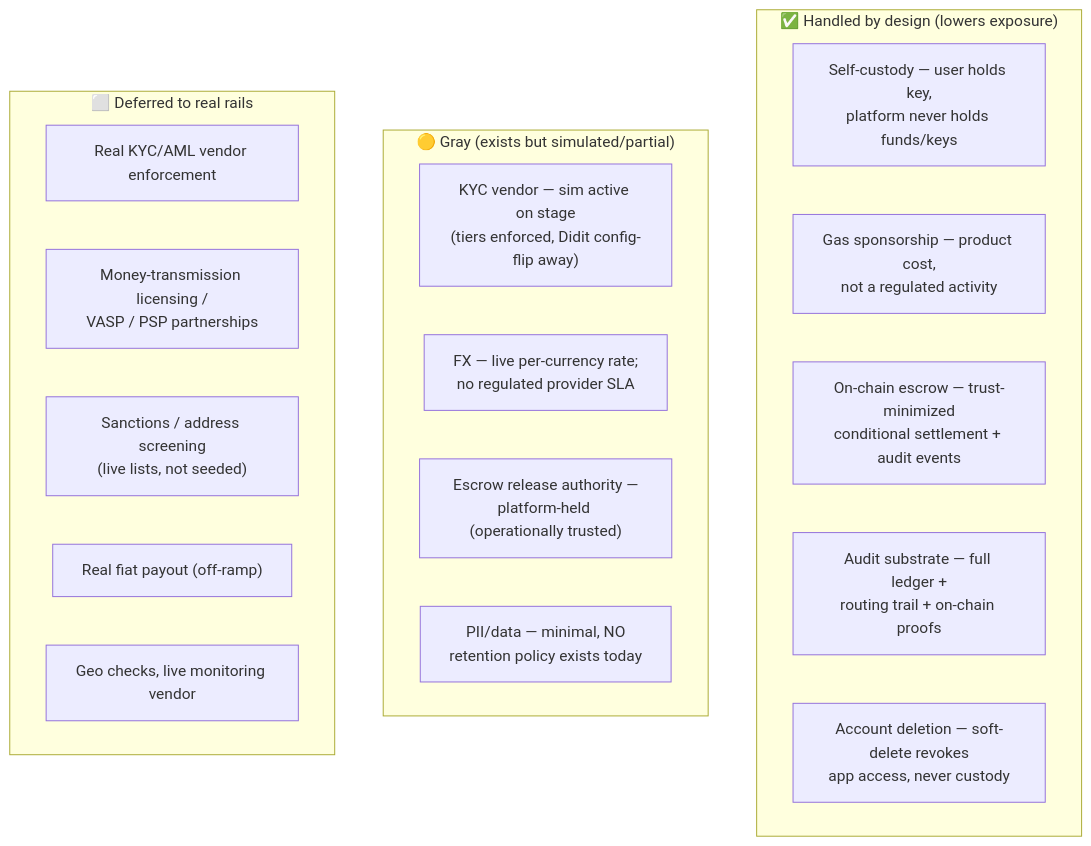
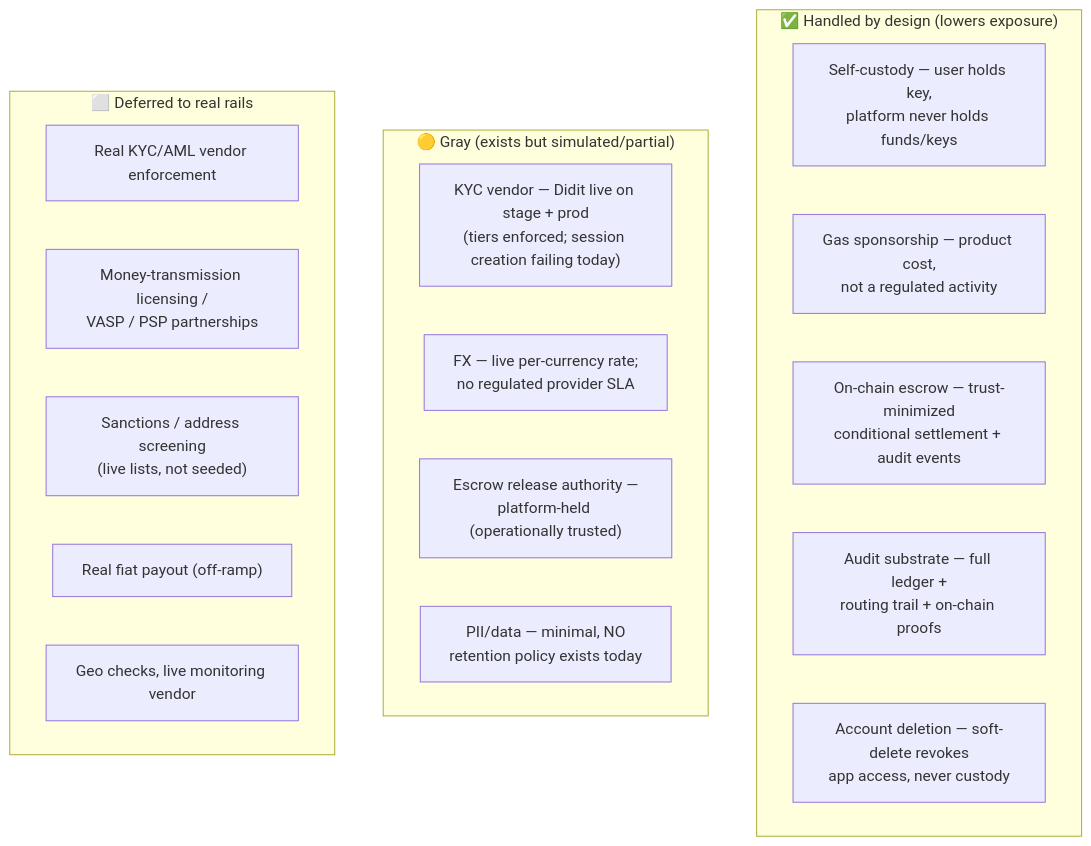
The diagram in monorepo/docs/08-compliance-and-legalities.md (unabrijed/frenspay), drawn with Mermaid before and after one commit. The commit also changed other lines of this file and 4 other files, not shown here.

First line of the commit message:
docs(kyc): stage runs didit on mainnet, and the docs still said sim

````diff
--- a/monorepo/docs/08-compliance-and-legalities.md
+++ b/monorepo/docs/08-compliance-and-legalities.md
@@ -25,23 +25,23 @@
 ```mermaid
 flowchart TB
     subgraph green["✅ Handled by design (lowers exposure)"]
       C1["Self-custody — user holds key,<br/>platform never holds funds/keys"]
       C2["Gas sponsorship — product cost,<br/>not a regulated activity"]
       C3["On-chain escrow — trust-minimized<br/>conditional settlement + audit events"]
       C4["Audit substrate — full ledger +<br/>routing trail + on-chain proofs"]
       C5["Account deletion — soft-delete revokes<br/>app access, never custody"]
     end
     subgraph gray["🟡 Gray (exists but simulated/partial)"]
-      G1["KYC vendor — sim active on stage<br/>(tiers enforced, Didit config-flip away)"]
+      G1["KYC vendor — Didit live on stage + prod<br/>(tiers enforced; session creation failing today)"]
       G2["FX — live per-currency rate;<br/>no regulated provider SLA"]
       G3["Escrow release authority —<br/>platform-held (operationally trusted)"]
       G4["PII/data — minimal, NO<br/>retention policy exists today"]
     end
     subgraph red["⬜ Deferred to real rails"]
       R1["Real KYC/AML vendor enforcement"]
       R2["Money-transmission licensing /<br/>VASP / PSP partnerships"]
       R3["Sanctions / address screening<br/>(live lists, not seeded)"]
       R4["Real fiat payout (off-ramp)"]
       R5["Geo checks, live monitoring vendor"]
     end
 ```
````
